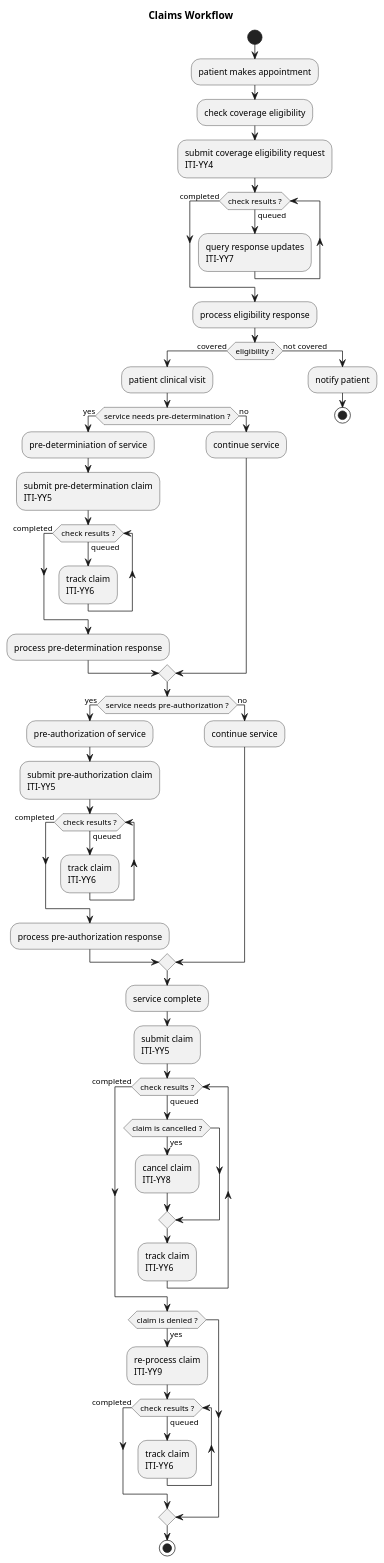
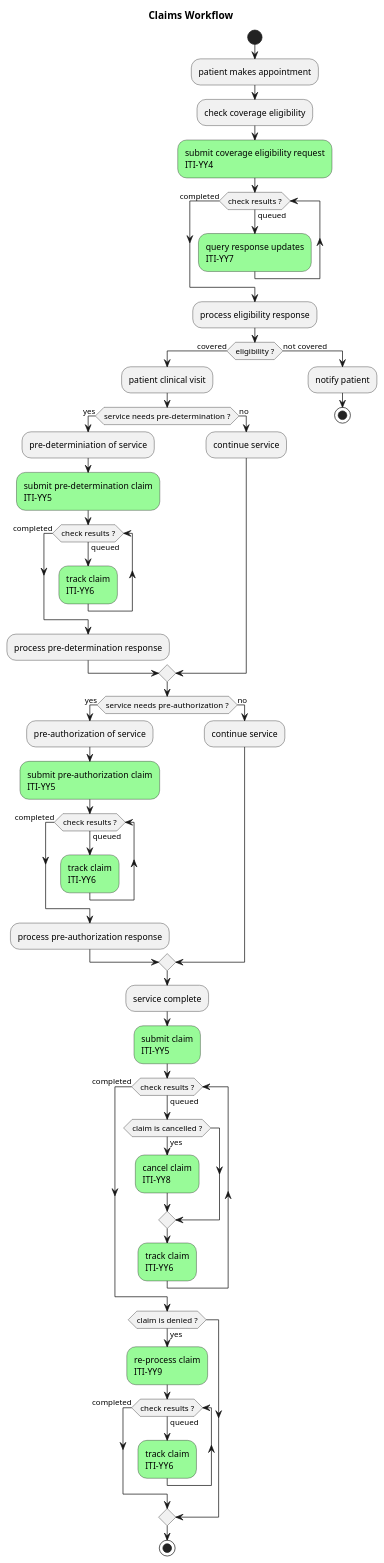
Before and after one commit to IHE/ITI.Finance: the diagram in input/images-source/overview-visit.plantuml, drawn with PlantUML. The commit also changed 8 other files, not shown here.

Commit message:
Added in examples based on the use cases.  Updated ignore warnings.  Updated profiles based on corrections determined by examples.  Updated overview workflow diagrams to add color on the transactions.

```diff
--- a/input/images-source/overview-visit.plantuml
+++ b/input/images-source/overview-visit.plantuml
@@ -1,55 +1,55 @@
 @startuml
 
 title Claims Workflow
 
 start
 :patient makes appointment;
 :check coverage eligibility;
-:submit coverage eligibility request\nITI-YY4;
+#palegreen:submit coverage eligibility request\nITI-YY4;
 while (check results ?) is (queued)
-  :query response updates\nITI-YY7;
+  #palegreen:query response updates\nITI-YY7;
 endwhile (completed)
 :process eligibility response;
 if (eligibility ?) then (covered)
   :patient clinical visit;
 
   if (service needs pre-determination ?) then (yes)
     :pre-determiniation of service;
-    :submit pre-determination claim\nITI-YY5;
+    #palegreen:submit pre-determination claim\nITI-YY5;
     while (check results ?) is (queued)
-      :track claim\nITI-YY6;
+      #palegreen:track claim\nITI-YY6;
     endwhile (completed)
     :process pre-determination response;
   else (no)
     :continue service;
   endif 
   if (service needs pre-authorization ?) then (yes)
   :pre-authorization of service;
-  :submit pre-authorization claim\nITI-YY5;
+  #palegreen:submit pre-authorization claim\nITI-YY5;
   while (check results ?) is (queued)
-    :track claim\nITI-YY6;
+    #palegreen:track claim\nITI-YY6;
   endwhile (completed)
   :process pre-authorization response;
   else (no)
     :continue service;
   endif
   :service complete;
-  :submit claim\nITI-YY5;
+  #palegreen:submit claim\nITI-YY5;
   while (check results ?) is (queued)
     if (claim is cancelled ?) then (yes)
-      :cancel claim\nITI-YY8;
+      #palegreen:cancel claim\nITI-YY8;
     endif
-    :track claim\nITI-YY6;
+    #palegreen:track claim\nITI-YY6;
   endwhile (completed)
   if (claim is denied ?) then (yes)
-    :re-process claim\nITI-YY9;
+    #palegreen:re-process claim\nITI-YY9;
     while (check results ?) is (queued)
-      :track claim\nITI-YY6;
+      #palegreen:track claim\nITI-YY6;
     endwhile (completed)
   endif
   stop
 else (not covered)
   :notify patient;
   stop
 
 @enduml
```
